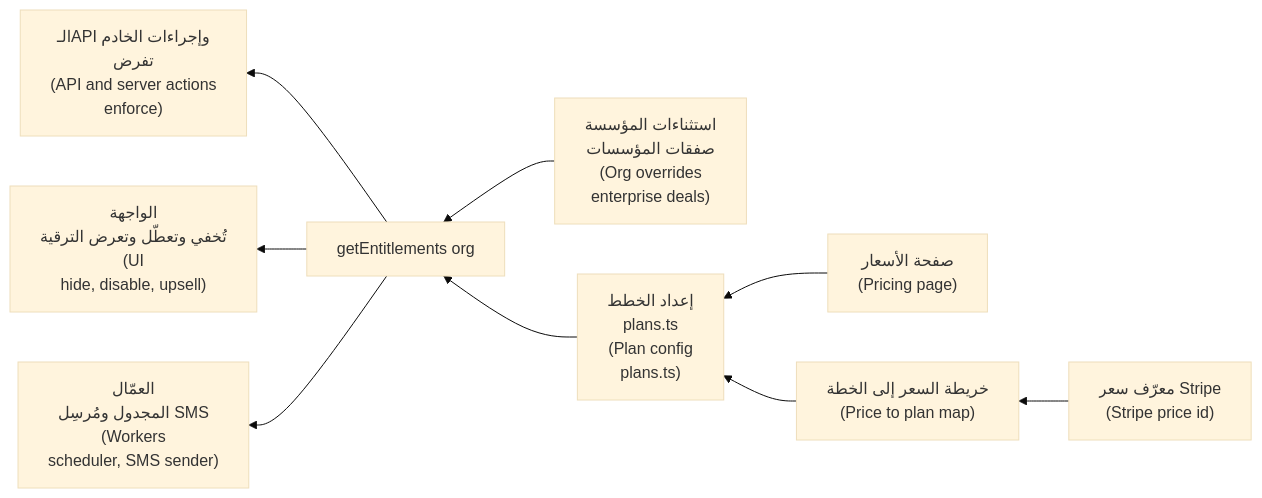
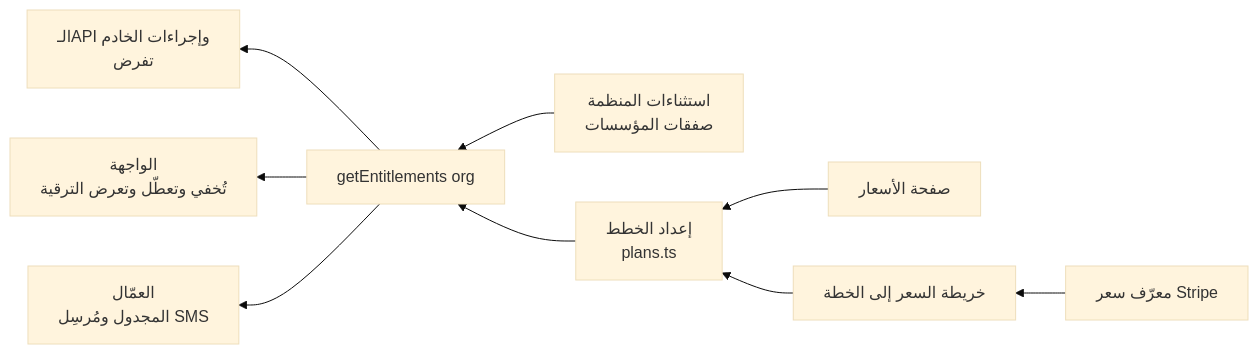
The third of 4 diagrams in saas/modules/03-money.ar.md (Tamoura/system-design-for-vibe-coders), drawn with Mermaid (base theme) before and after one commit. The commit also changed other lines of this file and 551 other files, not shown here.

````diff
--- a/saas/modules/03-money.ar.md
+++ b/saas/modules/03-money.ar.md
@@ -359,11 +361,11 @@
 ```mermaid
 flowchart RL
-    P["صفحة الأسعار<br/>(Pricing page)"] --> C["إعداد الخطط<br/>plans.ts<br/>(Plan config<br/>plans.ts)"]
-    S["معرّف سعر Stripe<br/>(Stripe price id)"] --> M["خريطة السعر إلى الخطة<br/>(Price to plan map)"]
+    P["صفحة الأسعار"] --> C["إعداد الخطط<br/>plans.ts"]
+    S["معرّف سعر Stripe"] --> M["خريطة السعر إلى الخطة"]
     M --> C
-    O["استثناءات المؤسسة<br/>صفقات المؤسسات<br/>(Org overrides<br/>enterprise deals)"] --> E["getEntitlements org"]
+    O["استثناءات المنظمة<br/>صفقات المؤسسات"] --> E["getEntitlements org"]
     C --> E
-    E --> G1["الـAPI وإجراءات الخادم<br/>تفرض<br/>(API and server actions<br/>enforce)"]
-    E --> G2["الواجهة<br/>تُخفي وتعطّل وتعرض الترقية<br/>(UI<br/>hide, disable, upsell)"]
-    E --> G3["العمّال<br/>المجدول ومُرسِل SMS<br/>(Workers<br/>scheduler, SMS sender)"]
+    E --> G1["الـAPI وإجراءات الخادم<br/>تفرض"]
+    E --> G2["الواجهة<br/>تُخفي وتعطّل وتعرض الترقية"]
+    E --> G3["العمّال<br/>المجدول ومُرسِل SMS"]
 ```
````
